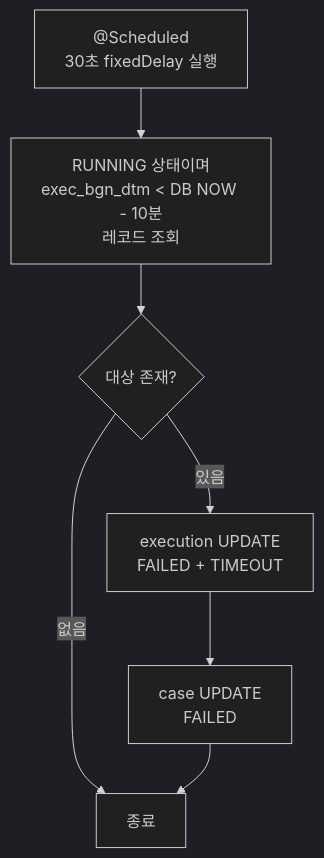
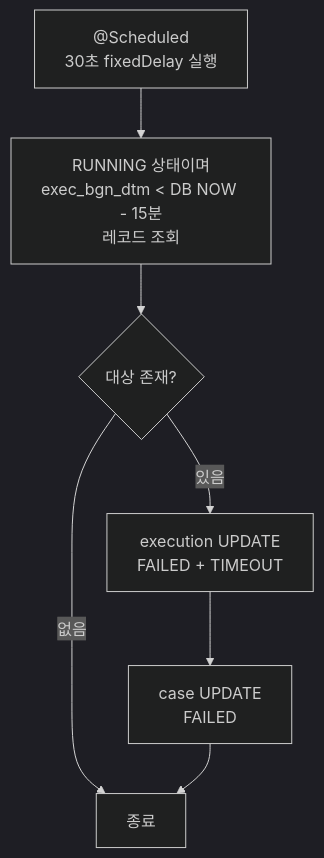
One commit to enkhbaatarL/backtend changed the third of 4 diagrams in docs/design-docs/gas/scenario-case-execution-workflow-design-draft.md. Above: the diagram before and after it, drawn with Mermaid (dark theme). The commit also changed other lines of this file and 6 other files, not shown here.

````diff
--- a/docs/design-docs/gas/scenario-case-execution-workflow-design-draft.md
+++ b/docs/design-docs/gas/scenario-case-execution-workflow-design-draft.md
@@ -506,9 +506,9 @@
 ```mermaid
 flowchart TD
-    A["@Scheduled\n30초 fixedDelay 실행"] --> B["RUNNING 상태이며\nexec_bgn_dtm < DB NOW - 10분\n레코드 조회"]
+    A["@Scheduled\n30초 fixedDelay 실행"] --> B["RUNNING 상태이며\nexec_bgn_dtm < DB NOW - 15분\n레코드 조회"]
     B --> C{대상 존재?}
     C -- 없음 --> Z[종료]
     C -- 있음 --> D["execution UPDATE\nFAILED + TIMEOUT"]
     D --> E["case UPDATE\nFAILED"]
     E --> Z
 ```
````
